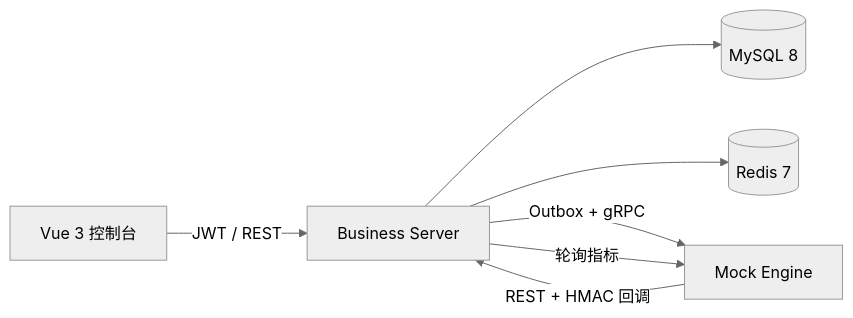
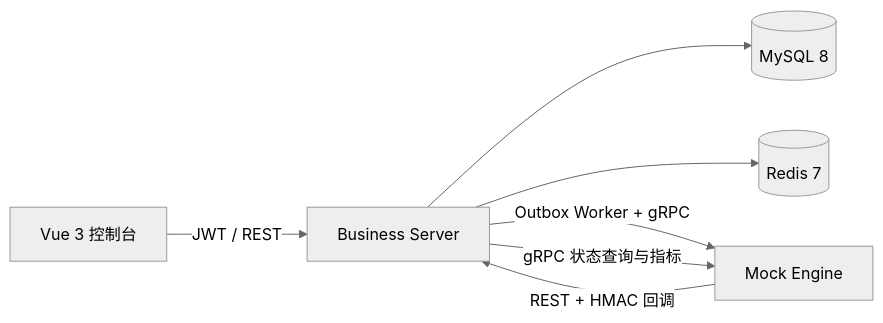
One commit to yeqimin/compute-hub-demo changed the diagram in README.md. Above: the diagram before and after it, drawn with Mermaid (neutral theme). The commit also changed other lines of this file and 16 other files, not shown here.

````diff
--- a/README.md
+++ b/README.md
@@ -31,9 +52,9 @@
 ```mermaid
 flowchart LR
   UI[Vue 3 控制台] -->|JWT / REST| API[Business Server]
   API --> MYSQL[(MySQL 8)]
   API --> REDIS[(Redis 7)]
-  API -->|Outbox + gRPC| ENGINE[Mock Engine]
+  API -->|Outbox Worker + gRPC| ENGINE[Mock Engine]
   ENGINE -->|REST + HMAC 回调| API
-  API -->|轮询指标| ENGINE
+  API -->|gRPC 状态查询与指标| ENGINE
 ```
````
